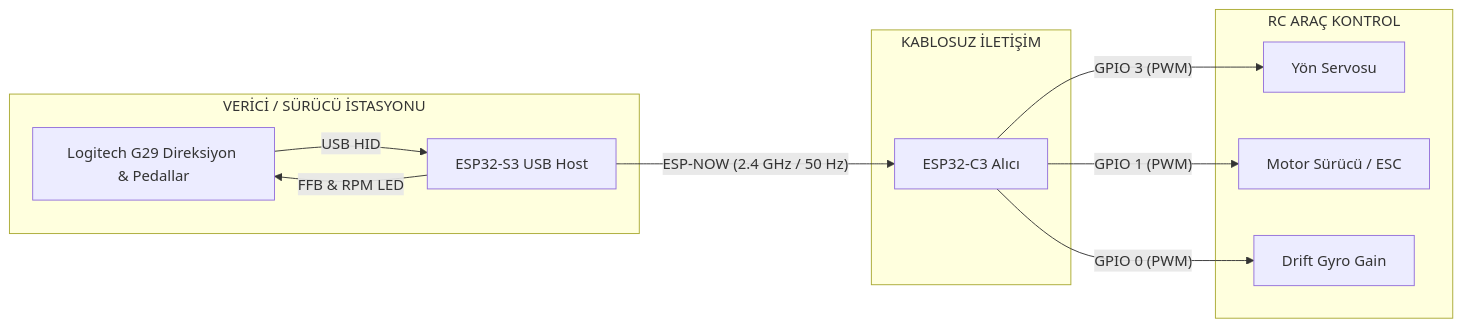
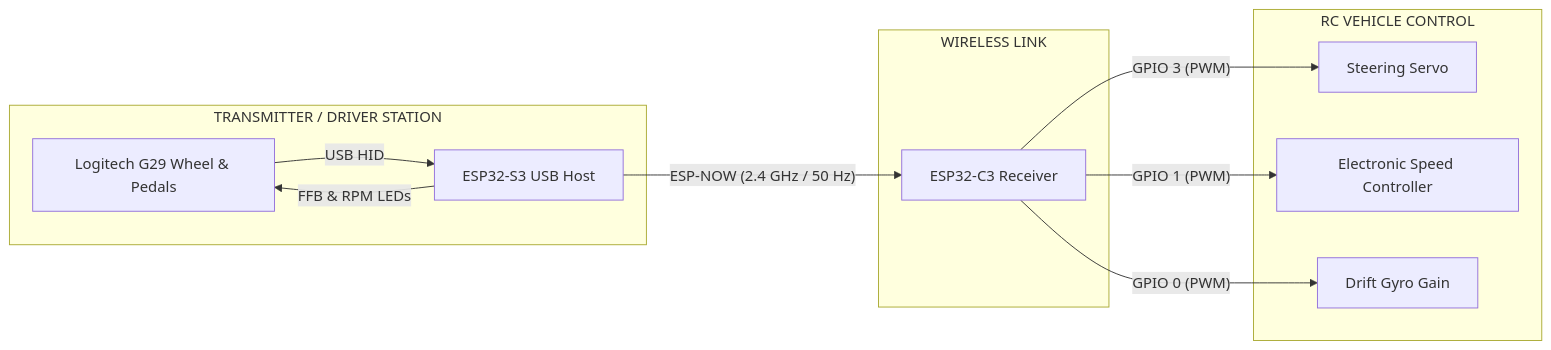
The diagram in README.md (aetricy/Car_Project), drawn with Mermaid before and after one commit. The commit also changed other lines of this file and 28 other files, not shown here.

````diff
--- a/README.md
+++ b/README.md
@@ -29,17 +29,17 @@
 ```mermaid
 graph LR
-    subgraph Sürücü İstasyonu [VERİCİ / SÜRÜCÜ İSTASYONU]
-        G29[Logitech G29 Direksiyon & Pedallar] -- USB HID --> S3[ESP32-S3 USB Host]
-        S3 -- FFB & RPM LED --> G29
+    subgraph DriverStation [TRANSMITTER / DRIVER STATION]
+        G29[Logitech G29 Wheel & Pedals] -- USB HID --> S3[ESP32-S3 USB Host]
+        S3 -- FFB & RPM LEDs --> G29
     end
 
-    subgraph Kablosuz Bağlantı [KABLOSUZ İLETİŞİM]
-        S3 -- "ESP-NOW (2.4 GHz / 50 Hz)" --> C3[ESP32-C3 Alıcı]
+    subgraph WirelessLink [WIRELESS LINK]
+        S3 -- "ESP-NOW (2.4 GHz / 50 Hz)" --> C3[ESP32-C3 Receiver]
     end
 
-    subgraph RC Araç [RC ARAÇ KONTROL]
-        C3 -- "GPIO 3 (PWM)" --> Servo[Yön Servosu]
-        C3 -- "GPIO 1 (PWM)" --> ESC[Motor Sürücü / ESC]
+    subgraph RCVehicle [RC VEHICLE CONTROL]
+        C3 -- "GPIO 3 (PWM)" --> Servo[Steering Servo]
+        C3 -- "GPIO 1 (PWM)" --> ESC[Electronic Speed Controller]
         C3 -- "GPIO 0 (PWM)" --> Gyro[Drift Gyro Gain]
     end
 ```
````
